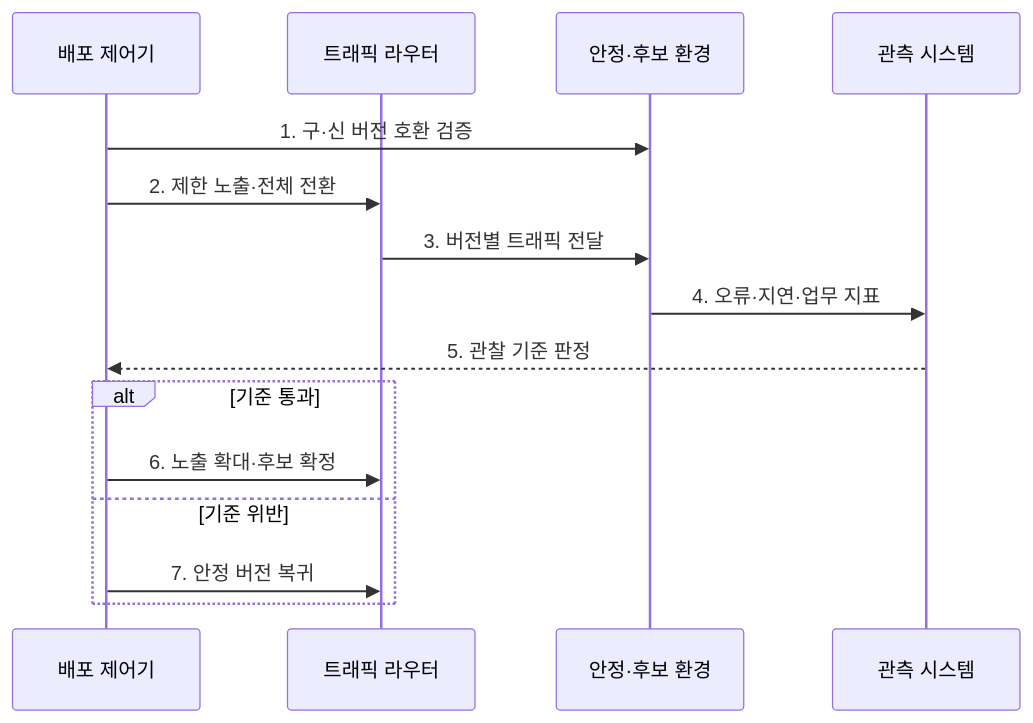
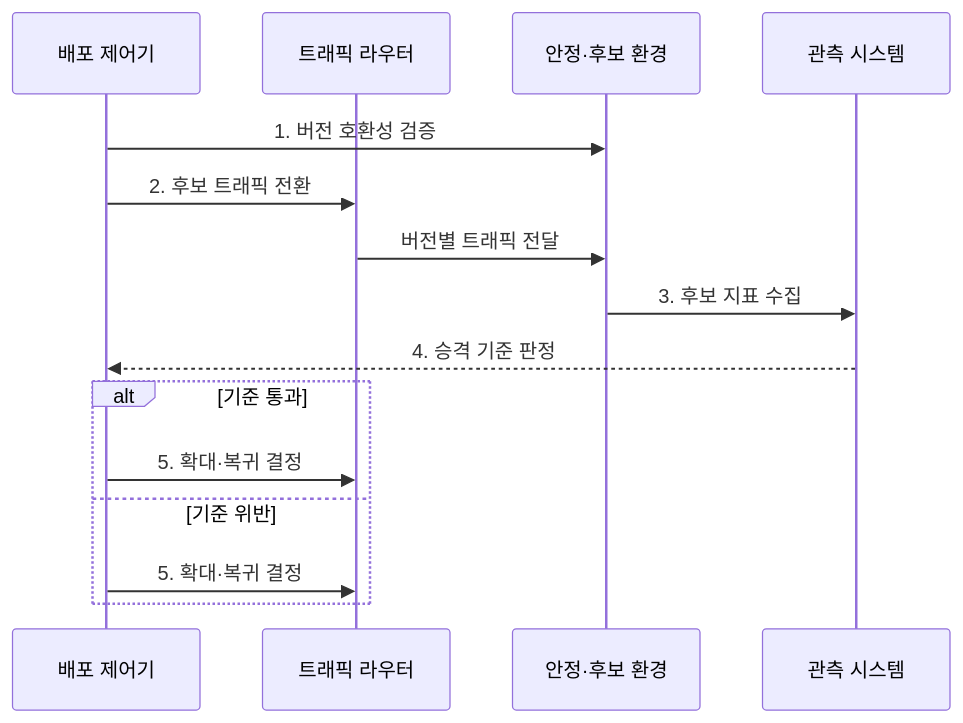
Before and after one commit to agnusdei1207/knowledge-base: the second of 2 diagrams in src/content/docs/notes/03-software/063_canary_blue_green_deployment.md, drawn with Mermaid. The commit also changed other lines of this file and 238 other files, not shown here.

````diff
--- a/src/content/docs/notes/03-software/063_canary_blue_green_deployment.md
+++ b/src/content/docs/notes/03-software/063_canary_blue_green_deployment.md
@@ -81,17 +81,17 @@
 ```mermaid
 sequenceDiagram
     participant D as 배포 제어기
     participant R as 트래픽 라우터
     participant V as 안정·후보 환경
     participant O as 관측 시스템
-    D->>V: 1. 구·신 버전 호환 검증
-    D->>R: 2. 제한 노출·전체 전환
-    R->>V: 3. 버전별 트래픽 전달
-    V->>O: 4. 오류·지연·업무 지표
-    O-->>D: 5. 관찰 기준 판정
+    D->>V: 1. 버전 호환성 검증
+    D->>R: 2. 후보 트래픽 전환
+    R->>V: 버전별 트래픽 전달
+    V->>O: 3. 후보 지표 수집
+    O-->>D: 4. 승격 기준 판정
     alt 기준 통과
-        D->>R: 6. 노출 확대·후보 확정
+        D->>R: 5. 확대·복귀 결정
     else 기준 위반
-        D->>R: 7. 안정 버전 복귀
+        D->>R: 5. 확대·복귀 결정
     end
 ```
````
